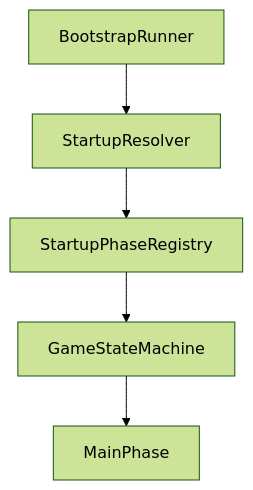
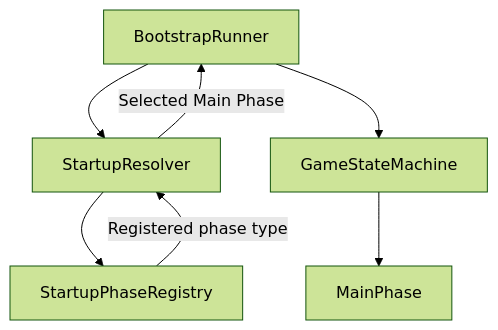
One commit to chainsawlad-Org/ChainSaw_Leg changed the first of 2 diagrams in Docs/Eng/ArchitectureAtlas/03_Startup.md. Above: the diagram before and after it, drawn with Mermaid (forest theme). The commit also changed other lines of this file and 29 other files, not shown here.

````diff
--- a/Docs/Eng/ArchitectureAtlas/03_Startup.md
+++ b/Docs/Eng/ArchitectureAtlas/03_Startup.md
@@ -39,18 +39,20 @@
 ```mermaid
 flowchart TD
 
 BootstrapRunner
 
 StartupResolver
 
 StartupPhaseRegistry
 
 GameStateMachine
 
 MainPhase
 
 BootstrapRunner --> StartupResolver
 StartupResolver --> StartupPhaseRegistry
-StartupPhaseRegistry --> GameStateMachine
+StartupPhaseRegistry -->|Registered phase type| StartupResolver
+StartupResolver -->|Selected Main Phase| BootstrapRunner
+BootstrapRunner --> GameStateMachine
 GameStateMachine --> MainPhase
 ```
````
